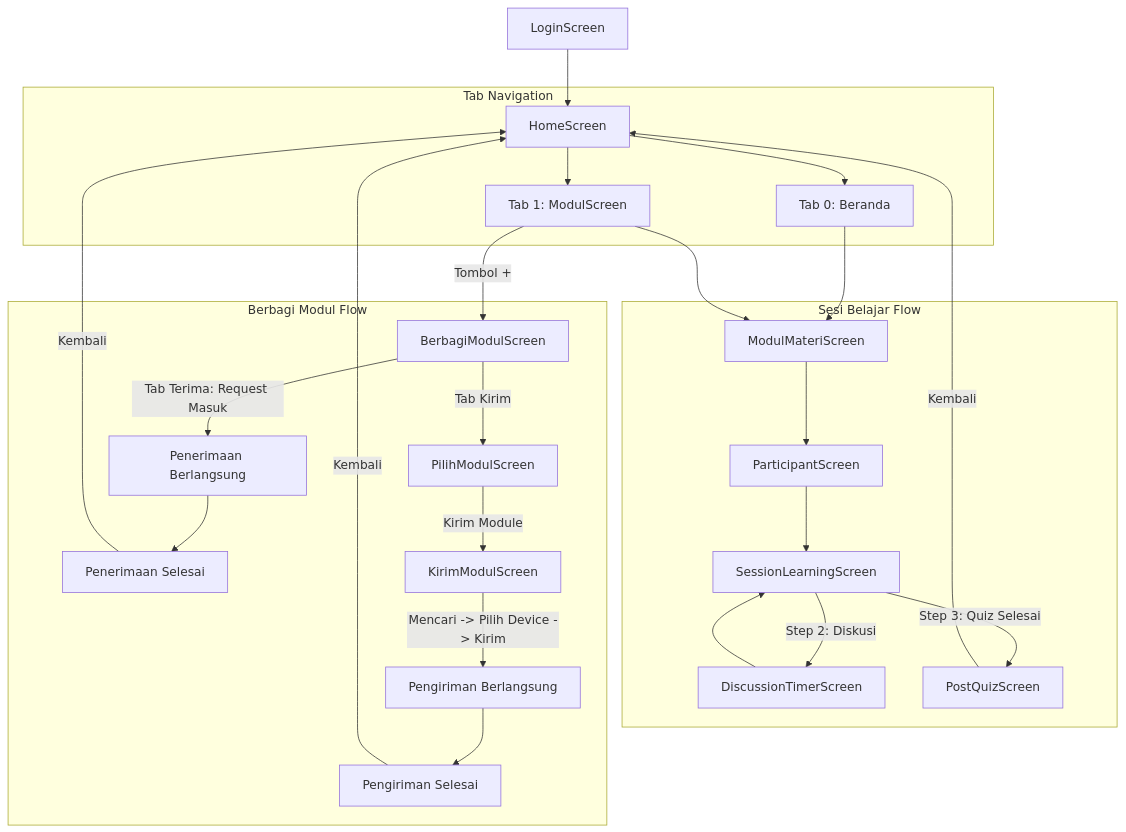
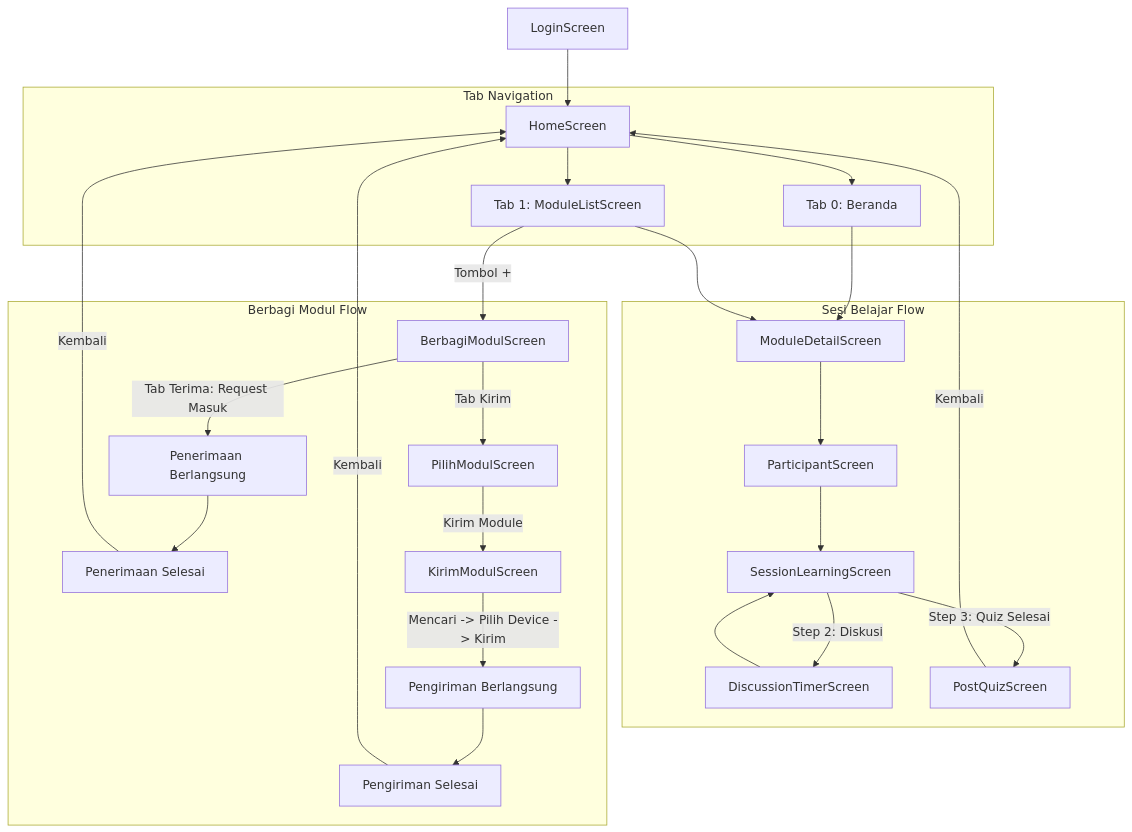
Before and after one commit to Deanity/Gyntec: the diagram in StructureFile.md, drawn with Mermaid. The commit also changed other lines of this file and 13 other files, not shown here.

Commit message:
refactor: migrasi modul ke features/module (screens & widgets) serta update StructureFile.md

````diff
--- a/StructureFile.md
+++ b/StructureFile.md
@@ -85,34 +89,34 @@
 ```mermaid
 flowchart TD
     Login[LoginScreen] --> Home[HomeScreen]
     
     subgraph Tab Navigation
         Home --> TabHome[Tab 0: Beranda]
-        Home --> TabModul[Tab 1: ModulScreen]
+        Home --> TabModul[Tab 1: ModuleListScreen]
     end
 
-    TabHome --> DetailMateri[ModulMateriScreen]
+    TabHome --> DetailMateri[ModuleDetailScreen]
     TabModul --> DetailMateri
     
     subgraph Sesi Belajar Flow
         DetailMateri --> Peserta[ParticipantScreen]
         Peserta --> SesiBelajar[SessionLearningScreen]
         SesiBelajar -->|Step 2: Diskusi| TimerDiskusi[DiscussionTimerScreen]
         TimerDiskusi --> SesiBelajar
         SesiBelajar -->|Step 3: Quiz Selesai| PostQuiz[PostQuizScreen]
         PostQuiz -->|Kembali| Home
     end
 
     subgraph Berbagi Modul Flow
         TabModul -->|Tombol +| Berbagi[BerbagiModulScreen]
         Berbagi -->|Tab Terima: Request Masuk| TerimaProgress[Penerimaan Berlangsung]
         TerimaProgress --> TerimaDone[Penerimaan Selesai]
         TerimaDone -->|Kembali| Home
         
         Berbagi -->|Tab Kirim| PilihModul[PilihModulScreen]
         PilihModul -->|Kirim Module| KirimDevice[KirimModulScreen]
         KirimDevice -->|Mencari -> Pilih Device -> Kirim| KirimProgress[Pengiriman Berlangsung]
         KirimProgress --> KirimDone[Pengiriman Selesai]
         KirimDone -->|Kembali| Home
     end
 ```
````
